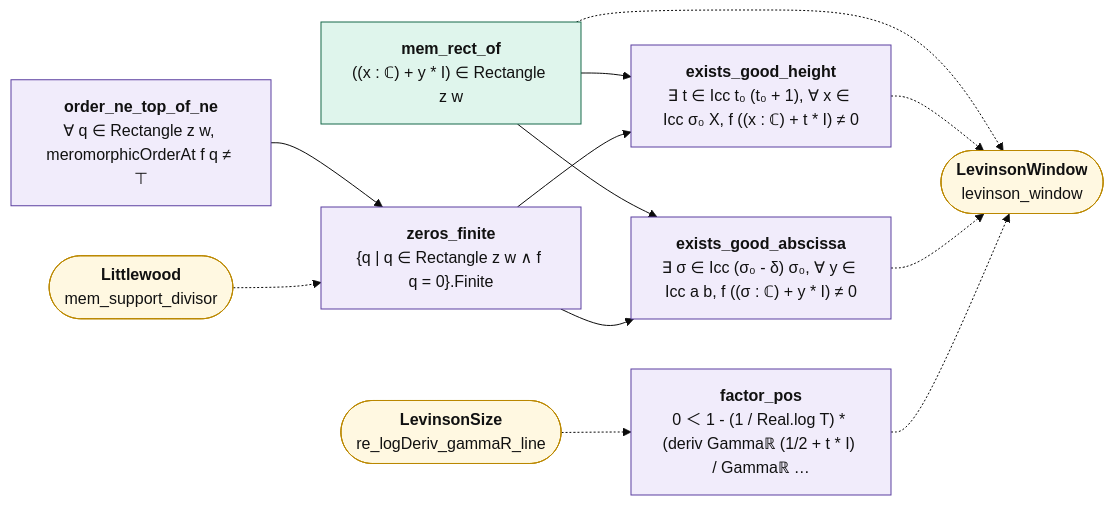
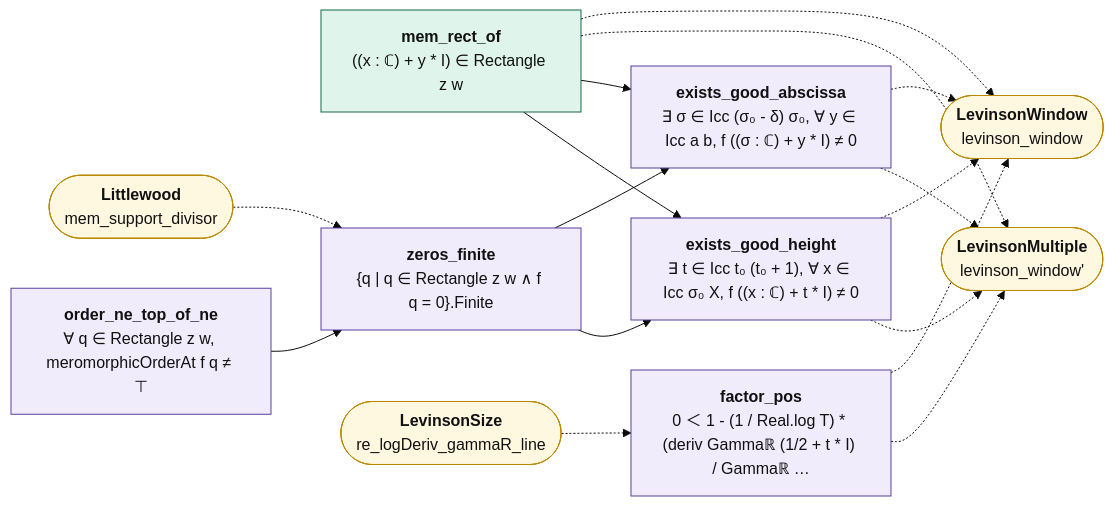
Before and after one commit to juliansambranojr/Primebeat_081426: the diagram in map/lean_stage3/LevinsonAvoid.md, drawn with Mermaid (base theme). The commit also changed other lines of this file and 39 other files, not shown here.

````diff
--- a/map/lean_stage3/LevinsonAvoid.md
+++ b/map/lean_stage3/LevinsonAvoid.md
@@ -14,31 +14,36 @@
 ```mermaid
 flowchart LR
   n0["<b>mem_rect_of</b><br/>((x : ℂ) + y * I) ∈ Rectangle z w"]:::cnt
   n1["<b>order_ne_top_of_ne</b><br/>∀ q ∈ Rectangle z w, meromorphicOrderAt f q ≠ ⊤"]:::shp
   n2["<b>zeros_finite</b><br/>{q | q ∈ Rectangle z w ∧ f q = 0}.Finite"]:::shp
   n3["<b>exists_good_height</b><br/>∃ t ∈ Icc t₀ (t₀ + 1), ∀ x ∈ Icc σ₀ X, f ((x : ℂ) + t * I) ≠ 0"]:::shp
   n4["<b>exists_good_abscissa</b><br/>∃ σ ∈ Icc (σ₀ - δ) σ₀, ∀ y ∈ Icc a b, f ((σ : ℂ) + y * I) ≠ 0"]:::shp
   n5["<b>factor_pos</b><br/>0 ＜ 1 - (1 / Real.log T) * (deriv Gammaℝ (1/2 + t * I) / Gammaℝ …"]:::shp
-  x0(["<b>LevinsonWindow</b><br/>levinson_window"]):::ext
-  x1(["<b>Littlewood</b><br/>mem_support_divisor"]):::ext
-  x2(["<b>LevinsonSize</b><br/>re_logDeriv_gammaR_line"]):::ext
+  x0(["<b>LevinsonMultiple</b><br/>levinson_window'"]):::ext
+  x1(["<b>LevinsonWindow</b><br/>levinson_window"]):::ext
+  x2(["<b>Littlewood</b><br/>mem_support_divisor"]):::ext
+  x3(["<b>LevinsonSize</b><br/>re_logDeriv_gammaR_line"]):::ext
   n0 --> n3
   n0 --> n4
   n1 --> n2
   n2 --> n3
   n2 --> n4
   n0 -.-> x0
+  n0 -.-> x1
   n3 -.-> x0
+  n3 -.-> x1
   n4 -.-> x0
+  n4 -.-> x1
   n5 -.-> x0
-  x1 -.-> n2
-  x2 -.-> n5
+  n5 -.-> x1
+  x2 -.-> n2
+  x3 -.-> n5
   classDef cnt fill:#dff5ec,stroke:#17694a,color:#111
   classDef shp fill:#f1ecfb,stroke:#5b3fa0,color:#111
   classDef rh fill:#ffe5e5,stroke:#c22,color:#111,stroke-width:2px
   classDef thm fill:#eef4ff,stroke:#335,color:#111
   classDef end_ fill:#e7f7e7,stroke:#2a7,color:#111,stroke-width:2px
   classDef lone fill:#fff,stroke:#999,color:#111,stroke-dasharray:4 3
   classDef bad fill:#ffe5e5,stroke:#c22,color:#111,stroke-width:2px
   classDef ext fill:#fff8e1,stroke:#b80,color:#111
 ```
````
